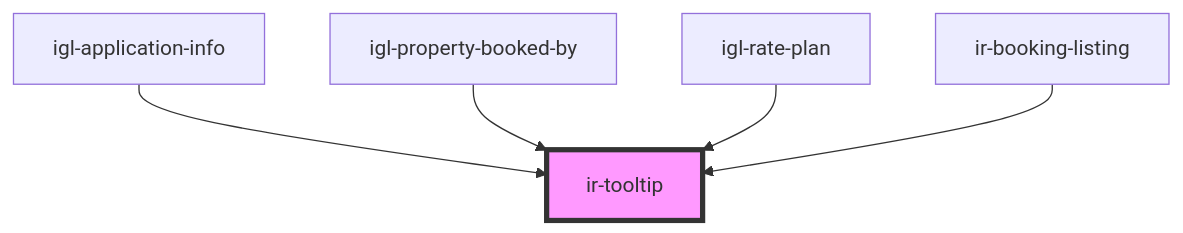
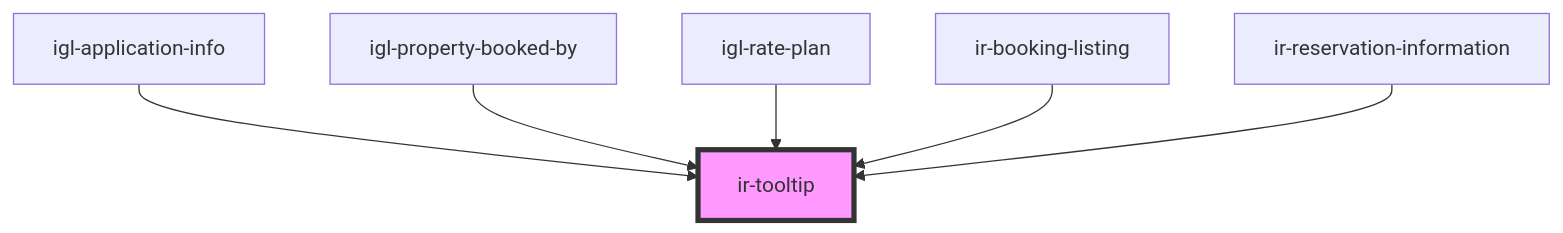
One commit to David1Chowaifaty/modified-ir-webcmp changed the diagram in src/components/ir-tooltip/readme.md. Above: the diagram before and after it, drawn with Mermaid. The commit also changed other lines of this file and 24 other files, not shown here.

````diff
--- a/src/components/ir-tooltip/readme.md
+++ b/src/components/ir-tooltip/readme.md
@@ -27,8 +28,9 @@
 ```mermaid
 graph TD;
   igl-application-info --> ir-tooltip
   igl-property-booked-by --> ir-tooltip
   igl-rate-plan --> ir-tooltip
   ir-booking-listing --> ir-tooltip
+  ir-reservation-information --> ir-tooltip
   style ir-tooltip fill:#f9f,stroke:#333,stroke-width:4px
 ```
````
